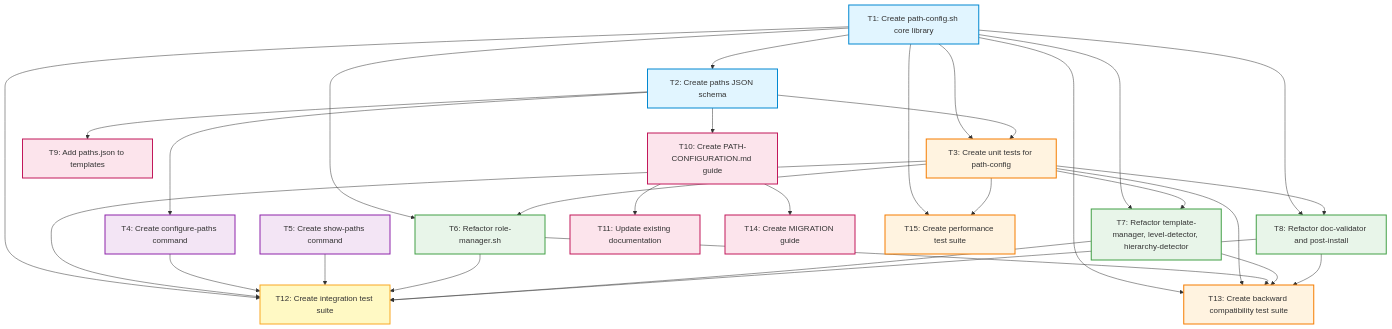
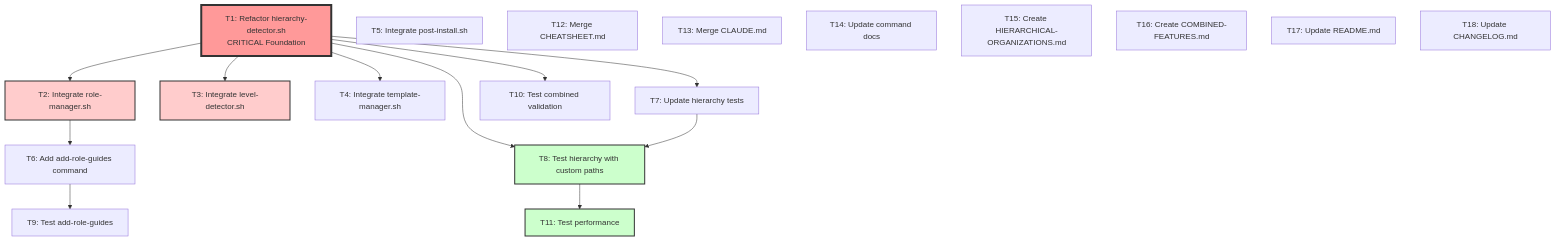
The diagram in task-graph.mmd (WAdamBrooksFS/role-context-manager-marketplace), drawn with Mermaid before and after one commit. The commit also changed 30 other files, not shown here.

```diff
--- a/task-graph.mmd
+++ b/task-graph.mmd
@@ -1,74 +1,36 @@
 graph TD
-    T1[T1: Create path-config.sh core library]
-    T2[T2: Create paths JSON schema]
-    T3[T3: Create unit tests for path-config]
-    T4[T4: Create configure-paths command]
-    T5[T5: Create show-paths command]
-    T6[T6: Refactor role-manager.sh]
-    T7[T7: Refactor template-manager, level-detector, hierarchy-detector]
-    T8[T8: Refactor doc-validator and post-install]
-    T9[T9: Add paths.json to templates]
-    T10[T10: Create PATH-CONFIGURATION.md guide]
-    T11[T11: Update existing documentation]
-    T12[T12: Create integration test suite]
-    T13[T13: Create backward compatibility test suite]
-    T14[T14: Create MIGRATION guide]
-    T15[T15: Create performance test suite]
+    T1[T1: Refactor hierarchy-detector.sh<br/>CRITICAL Foundation]
+    T2[T2: Integrate role-manager.sh]
+    T3[T3: Integrate level-detector.sh]
+    T4[T4: Integrate template-manager.sh]
+    T5[T5: Integrate post-install.sh]
+    T6[T6: Add add-role-guides command]
+    T7[T7: Update hierarchy tests]
+    T8[T8: Test hierarchy with custom paths]
+    T9[T9: Test add-role-guides]
+    T10[T10: Test combined validation]
+    T11[T11: Test performance]
+    T12[T12: Merge CHEATSHEET.md]
+    T13[T13: Merge CLAUDE.md]
+    T14[T14: Update command docs]
+    T15[T15: Create HIERARCHICAL-ORGANIZATIONS.md]
+    T16[T16: Create COMBINED-FEATURES.md]
+    T17[T17: Update README.md]
+    T18[T18: Update CHANGELOG.md]
 
-    %% Phase 1: Foundation
     T1 --> T2
     T1 --> T3
-    T1 --> T6
+    T1 --> T4
     T1 --> T7
+    T2 --> T6
     T1 --> T8
+    T7 --> T8
+    T6 --> T9
+    T1 --> T10
+    T8 --> T11
 
-    %% Phase 2: Core Testing
-    T2 --> T3
-    T2 --> T4
-    T2 --> T9
-    T2 --> T10
-
-    %% Phase 3: User Commands (Parallel)
-    %% T4 and T5 can run in parallel after T2
-
-    %% Phase 4: Script Refactoring
-    T3 --> T6
-    T3 --> T7
-    T3 --> T8
-
-    %% Phase 5: Templates & Documentation (Parallel)
-    T10 --> T11
-    T10 --> T14
-
-    %% Phase 6: Integration Testing
-    T1 --> T12
-    T3 --> T12
-    T4 --> T12
-    T5 --> T12
-    T6 --> T12
-    T7 --> T12
-    T8 --> T12
-
-    T1 --> T13
-    T3 --> T13
-    T6 --> T13
-    T7 --> T13
-    T8 --> T13
-
-    T1 --> T15
-    T3 --> T15
-
-    %% Styling
-    classDef foundation fill:#e1f5ff,stroke:#0288d1,stroke-width:2px
-    classDef testing fill:#fff3e0,stroke:#f57c00,stroke-width:2px
-    classDef command fill:#f3e5f5,stroke:#8e24aa,stroke-width:2px
-    classDef refactor fill:#e8f5e9,stroke:#43a047,stroke-width:2px
-    classDef docs fill:#fce4ec,stroke:#c2185b,stroke-width:2px
-    classDef integration fill:#fff9c4,stroke:#f9a825,stroke-width:2px
-
-    class T1,T2 foundation
-    class T3,T13,T15 testing
-    class T4,T5 command
-    class T6,T7,T8 refactor
-    class T9,T10,T11,T14 docs
-    class T12 integration
+    style T1 fill:#ff9999,stroke:#333,stroke-width:4px
+    style T2 fill:#ffcccc,stroke:#333,stroke-width:2px
+    style T3 fill:#ffcccc,stroke:#333,stroke-width:2px
+    style T8 fill:#ccffcc,stroke:#333,stroke-width:2px
+    style T11 fill:#ccffcc,stroke:#333,stroke-width:2px
```
